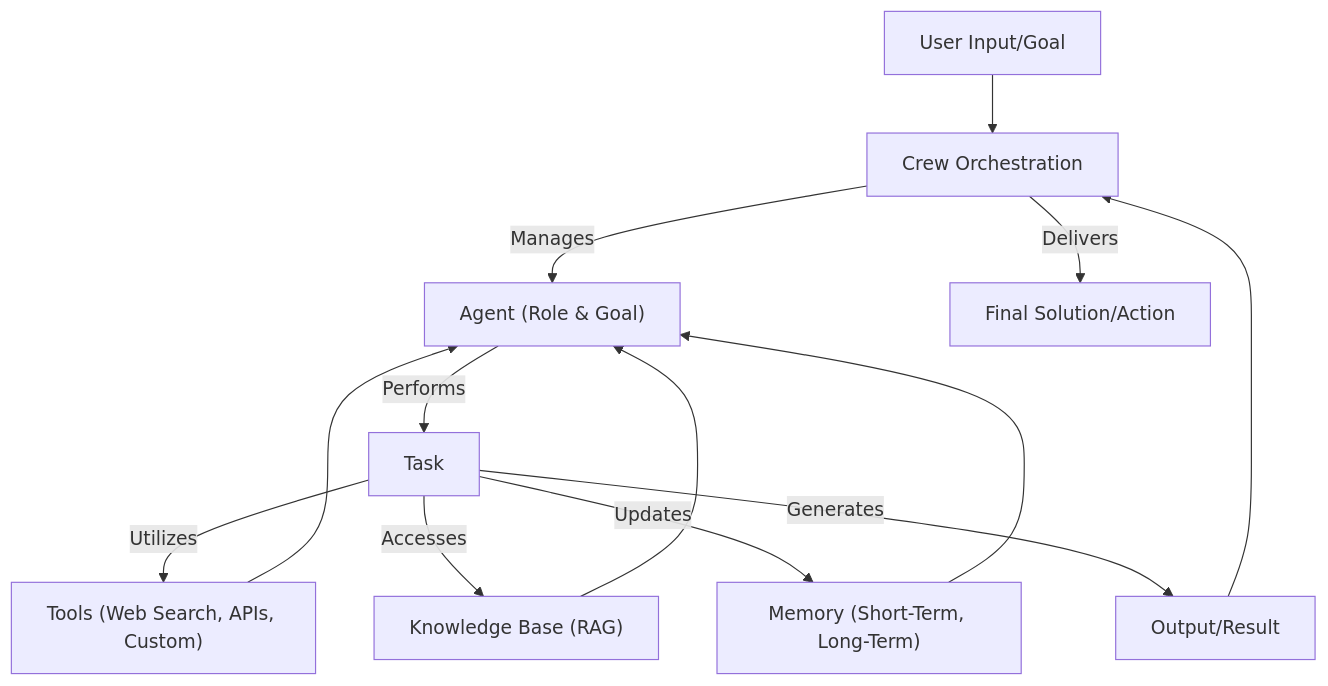
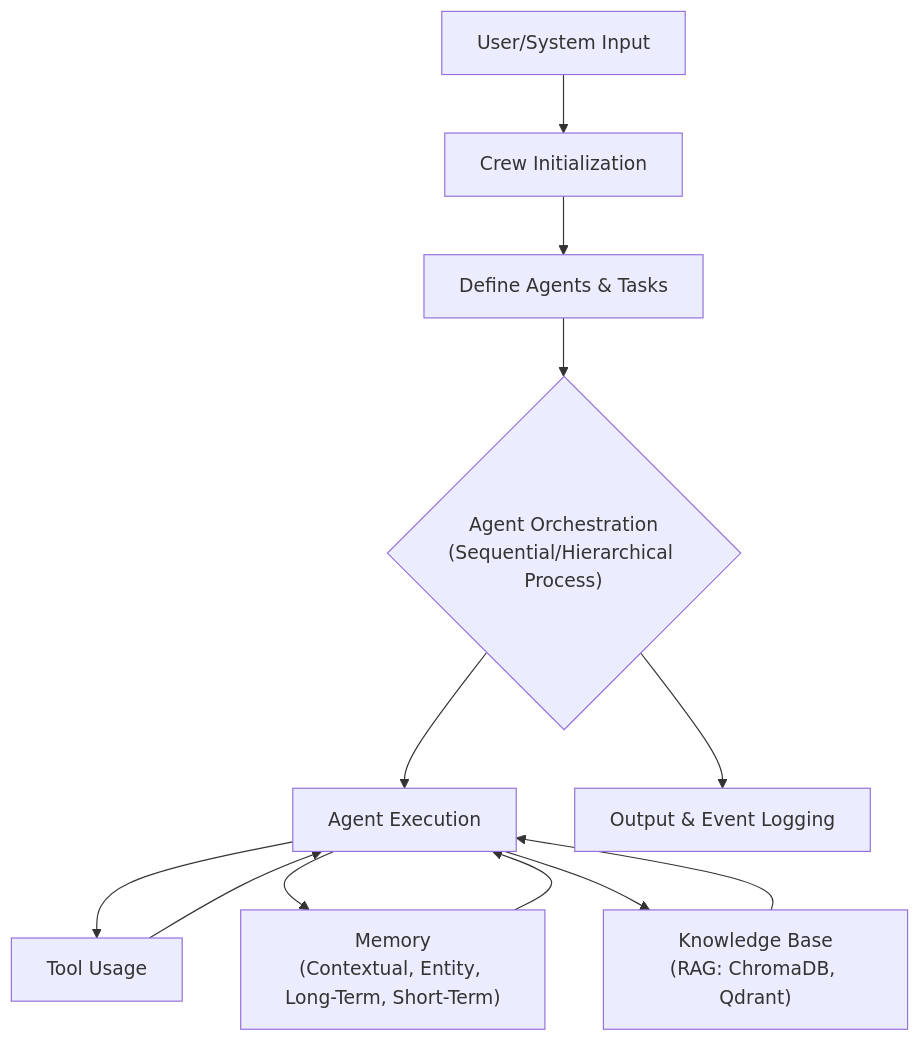
The diagram in README.md (grewal16/crewAI), drawn with Mermaid before and after one commit. The commit also changed other lines of this file, not shown here.

````diff
--- a/README.md
+++ b/README.md
@@ -34,15 +41,14 @@
 ```mermaid
 graph TD
-    A["User Input/Goal"] --> B["Crew Orchestration"];
-    B -- Manages --> C["Agent (Role & Goal)"];
-    C -- Performs --> D["Task"];
-    D -- Utilizes --> E["Tools (Web Search, APIs, Custom)"];
-    D -- Accesses --> F["Knowledge Base (RAG)"];
-    D -- Updates --> G["Memory (Short-Term, Long-Term)"];
-    E --> C;
-    F --> C;
-    G --> C;
-    D -- Generates --> H["Output/Result"];
-    H --> B;
-    B -- Delivers --> I["Final Solution/Action"];
+    A["User/System Input"] --> B["Crew Initialization"];
+    B --> C["Define Agents & Tasks"];
+    C --> D{"Agent Orchestration\n(Sequential/Hierarchical Process)"};
+    D --> E["Agent Execution"];
+    E --> F["Tool Usage"];
+    E --> G["Memory\n(Contextual, Entity, Long-Term, Short-Term)"];
+    E --> H["Knowledge Base\n(RAG: ChromaDB, Qdrant)"];
+    F --> E;
+    G --> E;
+    H --> E;
+    D --> I["Output & Event Logging"];
 ```
````
